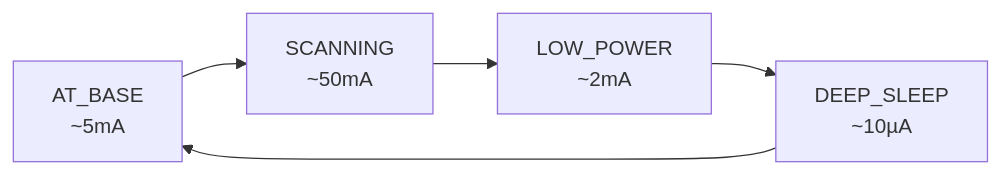
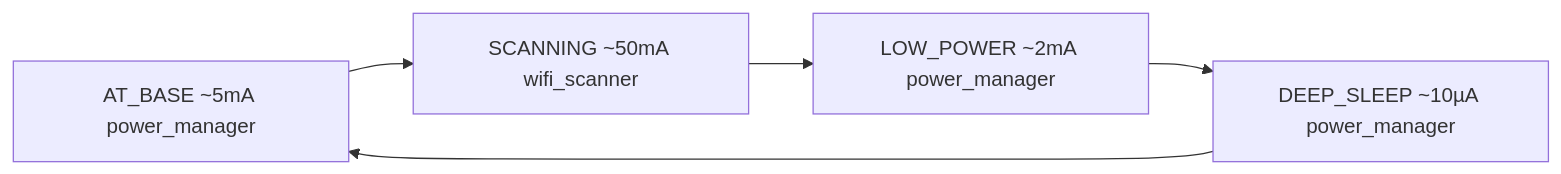
One commit to Ameciclo/bpr-sistema changed the ninth of 10 diagrams in firmware/bike/SYSTEM_FLOW.md. Above: the diagram before and after it, drawn with Mermaid. The commit also changed other lines of this file and 49 other files, not shown here.

````diff
--- a/firmware/bike/SYSTEM_FLOW.md
+++ b/firmware/bike/SYSTEM_FLOW.md
@@ -193,7 +228,7 @@
 ```mermaid
 graph LR
-    A[AT_BASE<br/>~5mA] --> B[SCANNING<br/>~50mA]
-    B --> C[LOW_POWER<br/>~2mA]
-    C --> D[DEEP_SLEEP<br/>~10µA]
+    A[AT_BASE ~5mA power_manager] --> B[SCANNING ~50mA wifi_scanner]
+    B --> C[LOW_POWER ~2mA power_manager]
+    C --> D[DEEP_SLEEP ~10µA power_manager]
     D --> A
 ```
````
